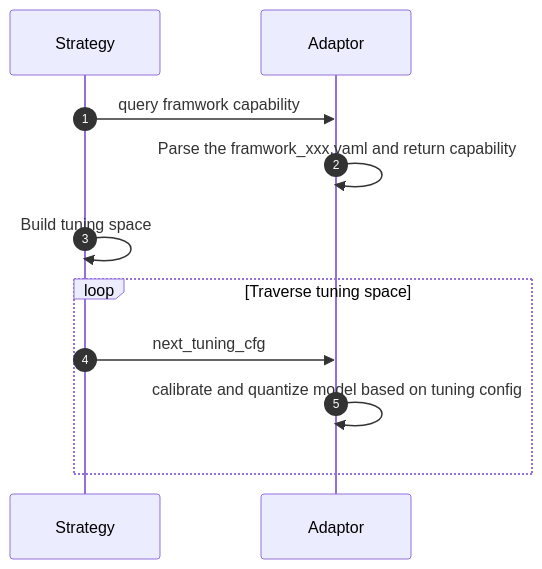
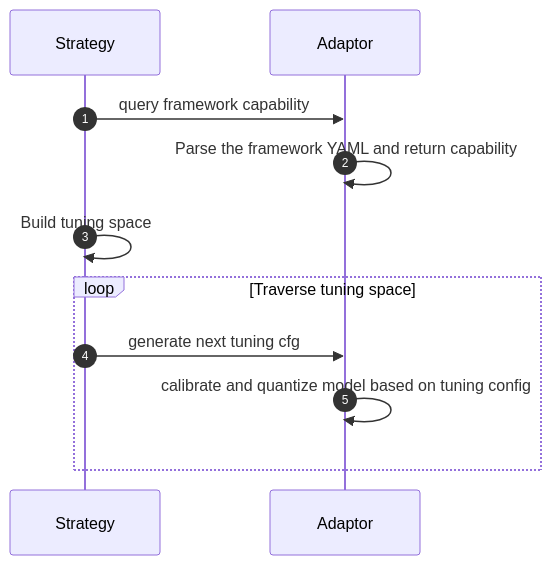
Before and after one commit to intel/neural-compressor: the diagram in docs/source/add_new_data_type.md, drawn with Mermaid. The commit also changed other lines of this file, not shown here.

````diff
--- a/docs/source/add_new_data_type.md
+++ b/docs/source/add_new_data_type.md
@@ -21,12 +20,12 @@
 ```mermaid
   sequenceDiagram
   	autonumber
-    Strategy ->> Adaptor: query framwork capability
-    Adaptor ->> Adaptor: Parse the framwork_xxx.yaml and return capability
+    Strategy ->> Adaptor: query framework capability
+    Adaptor ->> Adaptor: Parse the framework YAML and return capability
     Strategy ->> Strategy: Build tuning space
     loop Traverse tuning space
-    	Strategy->> Adaptor: next_tuning_cfg
+    	Strategy->> Adaptor: generate next tuning cfg
         Adaptor ->> Adaptor: calibrate and quantize model based on tuning config
 
     end
 ```
````
